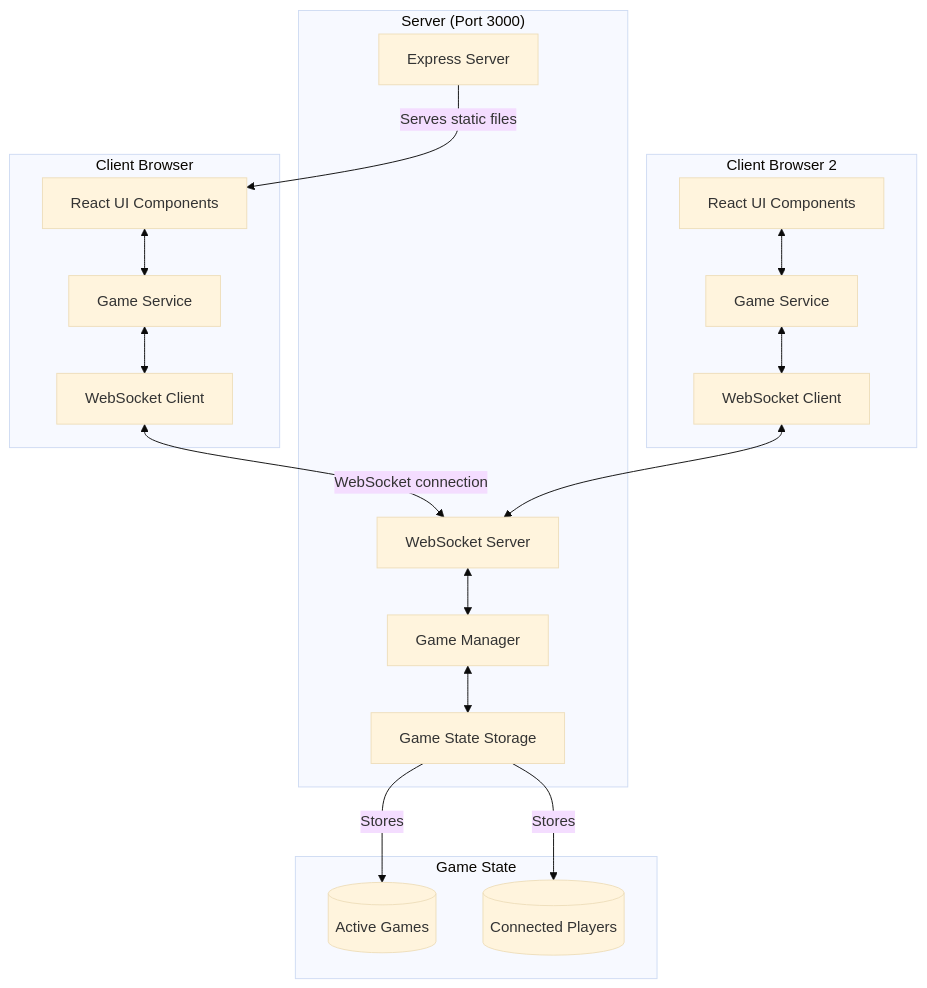
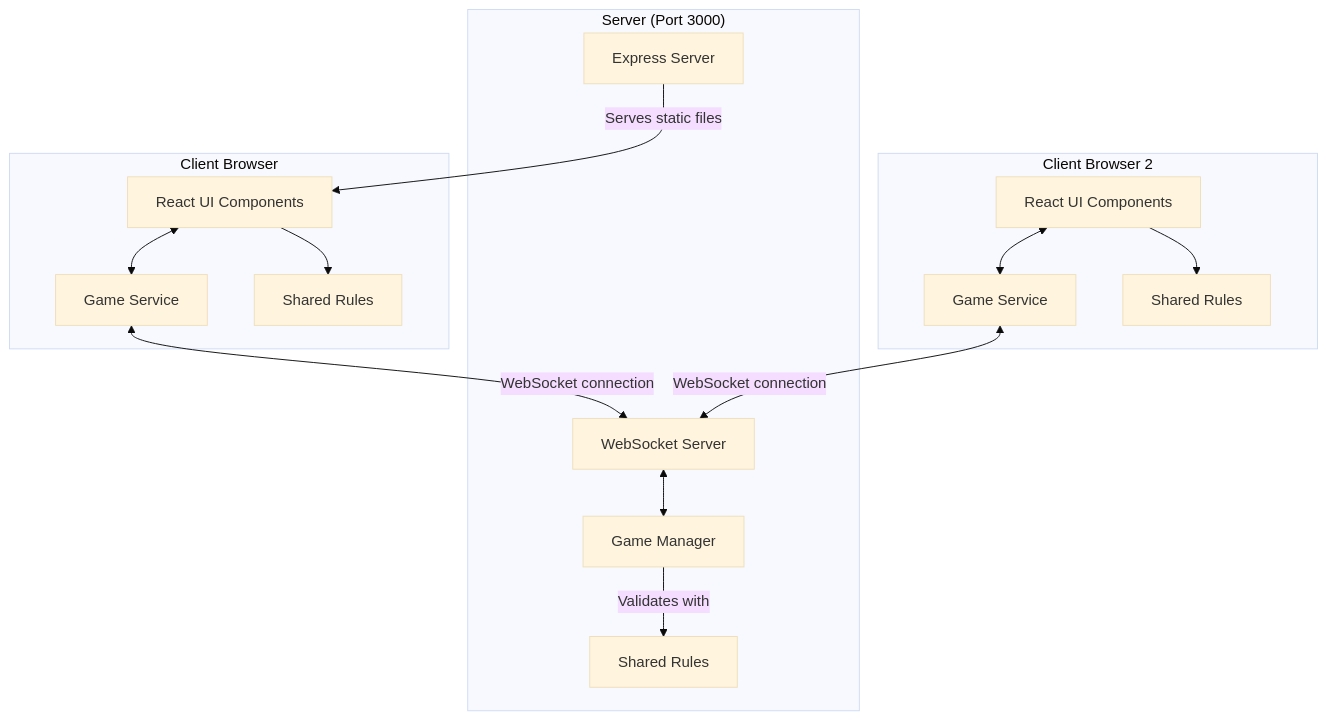
Before and after one commit to Nate314/quoridor: the diagram in docs/architecture.md, drawn with Mermaid (base theme). The commit also changed other lines of this file and 32 other files, not shown here.

First line of the commit message:
Four players, undo voting, Game ID, and TypeScript (#2)

````diff
--- a/docs/architecture.md
+++ b/docs/architecture.md
@@ -3,38 +3,34 @@
 ```mermaid
 flowchart TD
     subgraph "Client Browser"
         UI[React UI Components]
         GS[Game Service]
-        WC[WebSocket Client]
+        SR1[Shared Rules]
 
         UI <--> GS
-        GS <--> WC
+        UI --> SR1
     end
 
     subgraph "Server (Port 3000)"
         ES[Express Server]
         WSS[WebSocket Server]
         GM[Game Manager]
-        GMS[Game State Storage]
+        SR2[Shared Rules]
 
         ES --> |Serves static files| UI
-        WC <--> |WebSocket connection| WSS
         WSS <--> GM
-        GM <--> GMS
-    end
-
-    subgraph "Game State"
-        GMS --> |Stores| Games[(Active Games)]
-        GMS --> |Stores| Players[(Connected Players)]
+        GM --> |Validates with| SR2
     end
 
     subgraph "Client Browser 2"
         UI2[React UI Components]
         GS2[Game Service]
-        WC2[WebSocket Client]
+        SR3[Shared Rules]
 
         UI2 <--> GS2
-        GS2 <--> WC2
-        WC2 <--> WSS
+        UI2 --> SR3
     end
+
+    GS <--> |WebSocket connection| WSS
+    GS2 <--> |WebSocket connection| WSS
 ```
````
